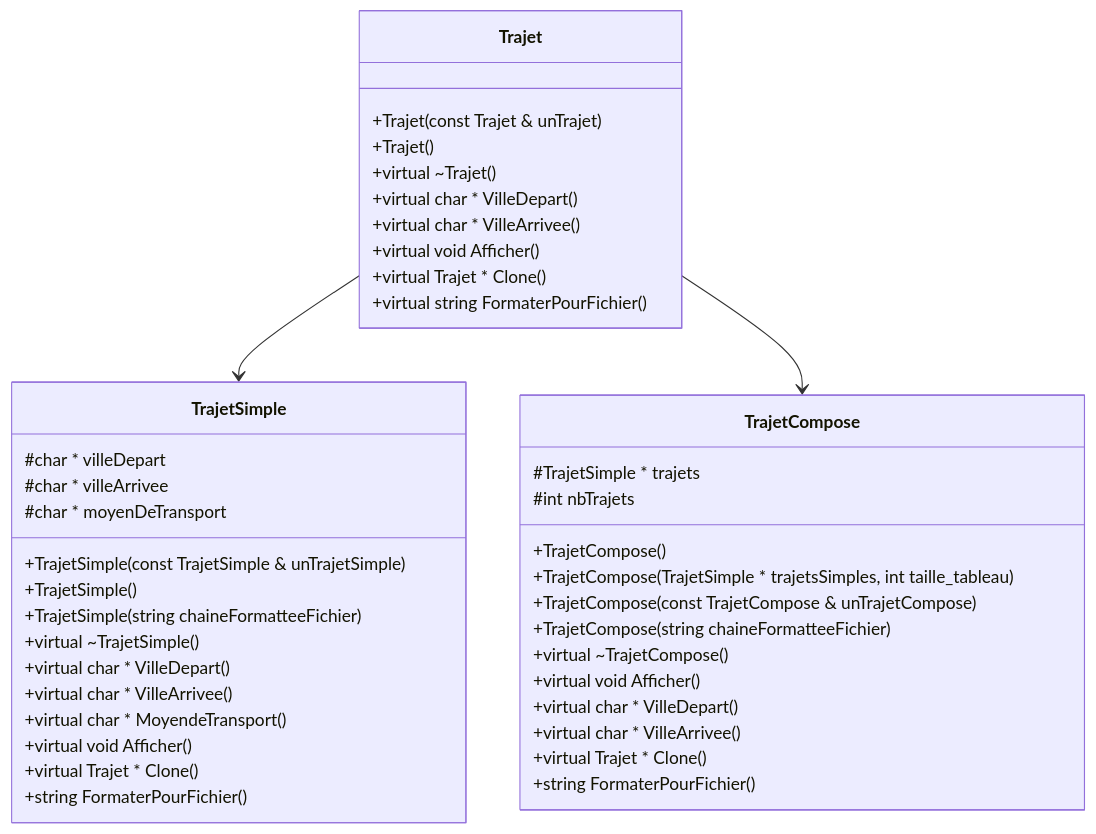
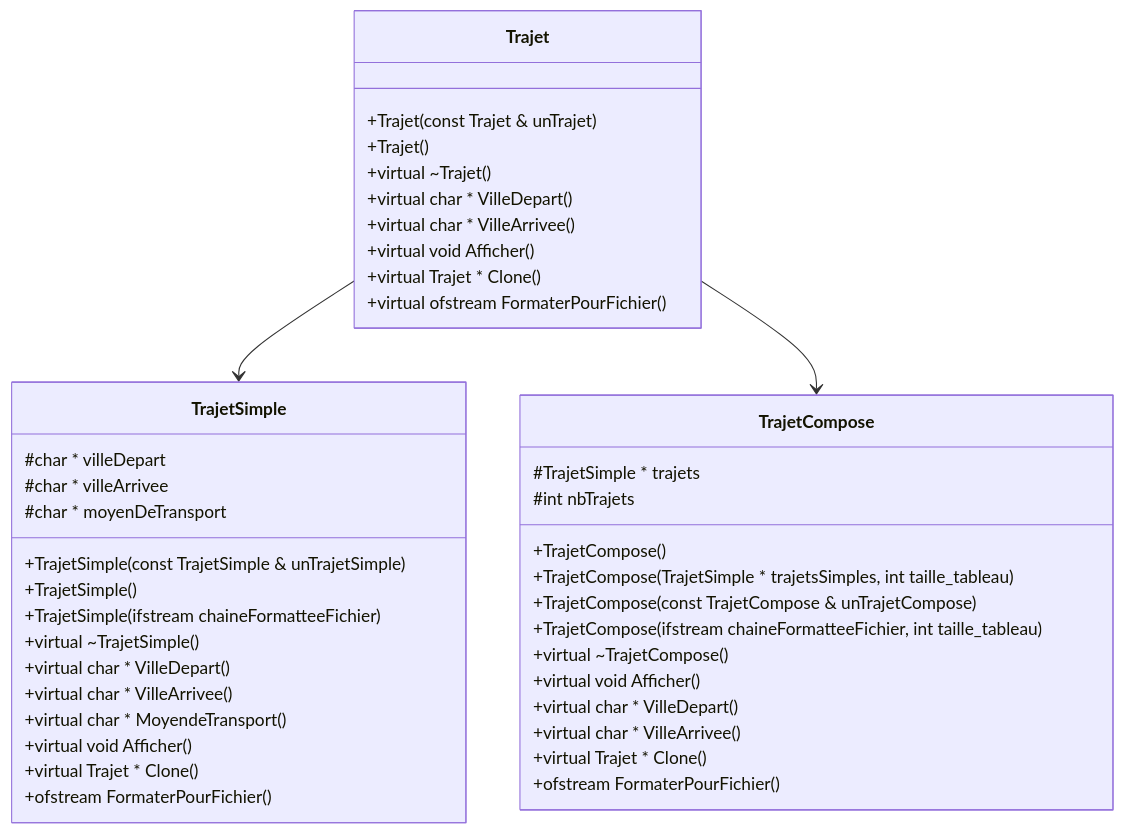
The second of 3 diagrams in README.md (hugo-b-r/CPP-TP2), drawn with Mermaid before and after one commit.

````diff
--- a/README.md
+++ b/README.md
@@ -52,53 +52,53 @@
 ```mermaid
 
 classDiagram
     class Trajet {
         +Trajet ( const Trajet & unTrajet )
         +Trajet ( )
         +virtual ~Trajet ( )
         +virtual char * VilleDepart()
         +virtual char * VilleArrivee()
         +virtual void Afficher()
         +virtual Trajet * Clone()
-        +virtual string FormaterPourFichier()
+        +virtual ofstream FormaterPourFichier()
     }
 
     
     class TrajetSimple {
         #char * villeDepart
         #char * villeArrivee
         #char * moyenDeTransport
 
         +TrajetSimple(const TrajetSimple & unTrajetSimple)
         +TrajetSimple()
-        +TrajetSimple( string chaineFormatteeFichier )
+        +TrajetSimple( ifstream chaineFormatteeFichier )
         +virtual ~TrajetSimple()
         +virtual char * VilleDepart()
         +virtual char * VilleArrivee()
         +virtual char * MoyendeTransport()
         +virtual void Afficher ()
         +virtual Trajet * Clone()
-        +string FormaterPourFichier()
+        +ofstream FormaterPourFichier()
     }
     Trajet-->TrajetSimple
     
     class TrajetCompose {
         #TrajetSimple * trajets
         #int nbTrajets
 
         +TrajetCompose()
         +TrajetCompose ( TrajetSimple * trajetsSimples, int taille_tableau )
         +TrajetCompose ( const TrajetCompose & unTrajetCompose )
-        +TrajetCompose ( string chaineFormatteeFichier )
+        +TrajetCompose ( ifstream chaineFormatteeFichier, int taille_tableau )
         +virtual ~TrajetCompose()
         +virtual void Afficher()
         +virtual char * VilleDepart()
         +virtual char * VilleArrivee()
         +virtual Trajet * Clone()
-        +string FormaterPourFichier()
+        +ofstream FormaterPourFichier()
     }
     Trajet-->TrajetCompose
 
 
 
 ```
````
